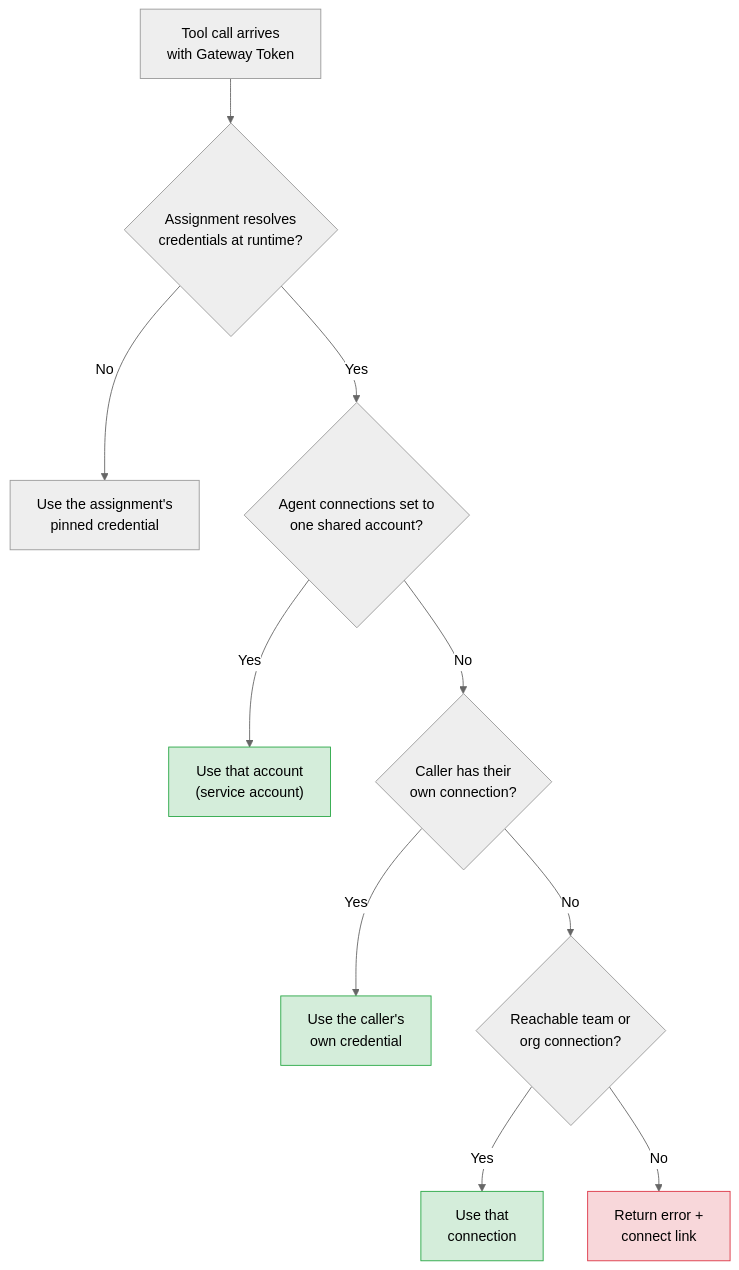
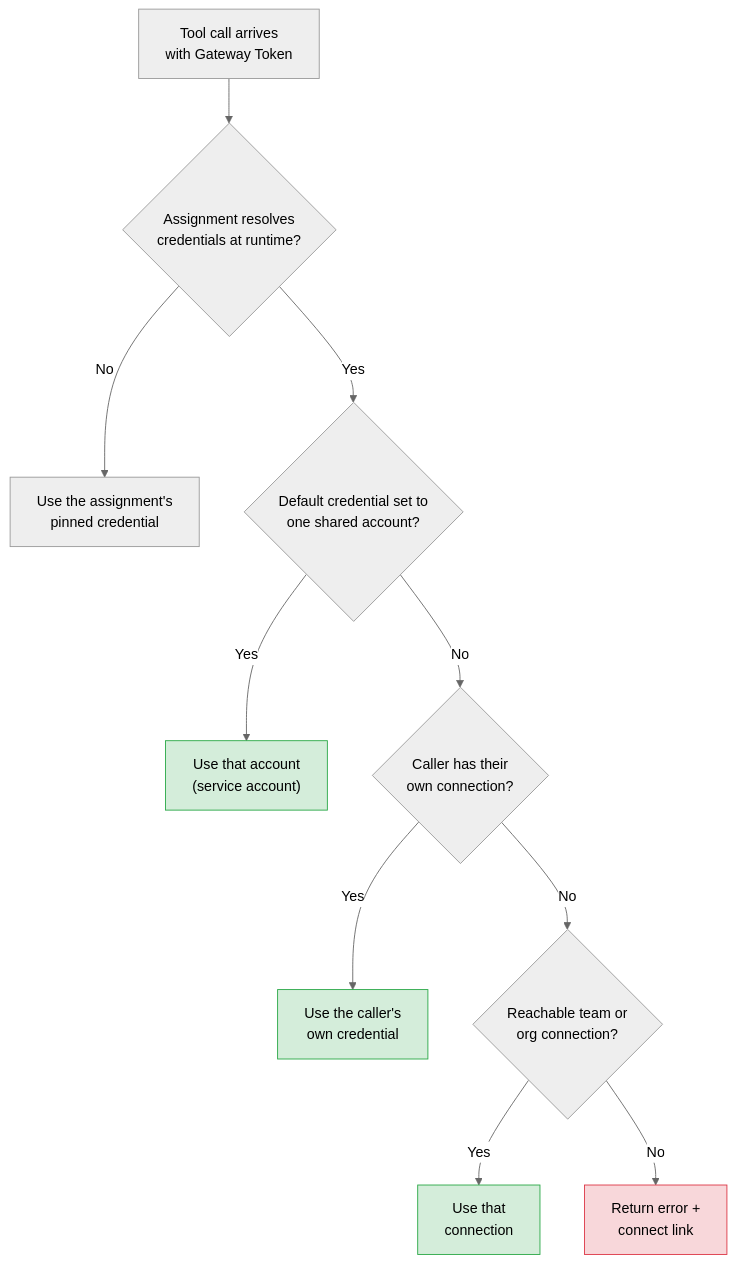
Before and after one commit to archestra-ai/archestra: the diagram in docs/pages/mcp-authentication.md, drawn with Mermaid (neutral theme). The commit also changed other lines of this file and 24 other files, not shown here.

````diff
--- a/docs/pages/mcp-authentication.md
+++ b/docs/pages/mcp-authentication.md
@@ -223,17 +223,17 @@
 ```mermaid
 flowchart TD
     A["Tool call arrives<br/>with Gateway Token"] --> B{Assignment resolves<br/>credentials at runtime?}
     B -- No --> C["Use the assignment's<br/>pinned credential"]
-    B -- Yes --> P{Agent connections set to<br/>one shared account?}
+    B -- Yes --> P{Default credential set to<br/>one shared account?}
     P -- Yes --> S["Use that account<br/>(service account)"]
     P -- No --> D{Caller has their<br/>own connection?}
     D -- Yes --> E["Use the caller's<br/>own credential"]
     D -- No --> F{Reachable team or<br/>org connection?}
     F -- Yes --> G["Use that<br/>connection"]
     F -- No --> J["Return error +<br/>connect link"]
 
     style S fill:#d4edda,stroke:#28a745
     style E fill:#d4edda,stroke:#28a745
     style G fill:#d4edda,stroke:#28a745
     style J fill:#f8d7da,stroke:#dc3545
 ```
````
